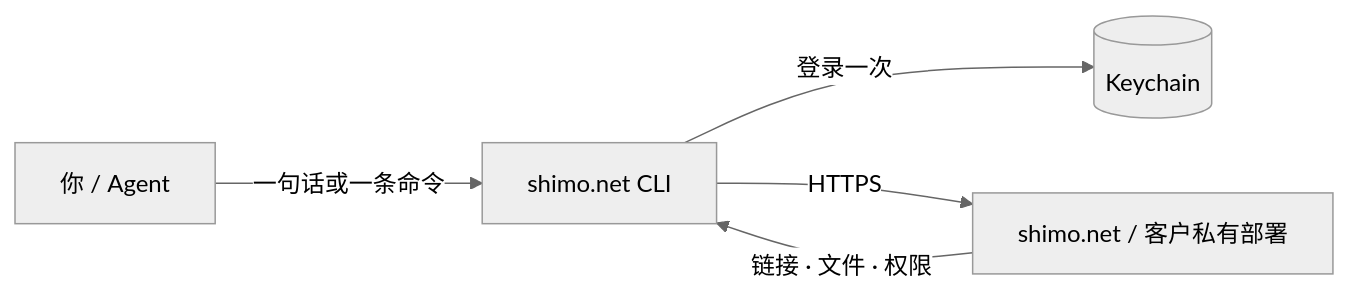
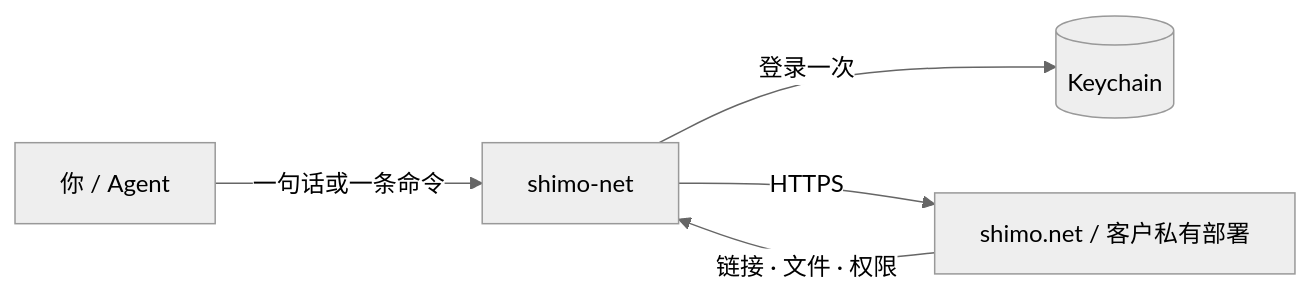
Before and after one commit to shimo-office/office-suites: the diagram in README.md, drawn with Mermaid (neutral theme). The commit also changed other lines of this file and 34 other files, not shown here.

````diff
--- a/README.md
+++ b/README.md
@@ -213,7 +213,7 @@
 ```mermaid
 flowchart LR
-  U["你 / Agent"] -->|一句话或一条命令| C["shimo.net CLI"]
+  U["你 / Agent"] -->|一句话或一条命令| C["shimo-net"]
   C -->|登录一次| K[(Keychain)]
   C -->|HTTPS| S["shimo.net / 客户私有部署"]
   S -->|链接 · 文件 · 权限| C
 ```
````
